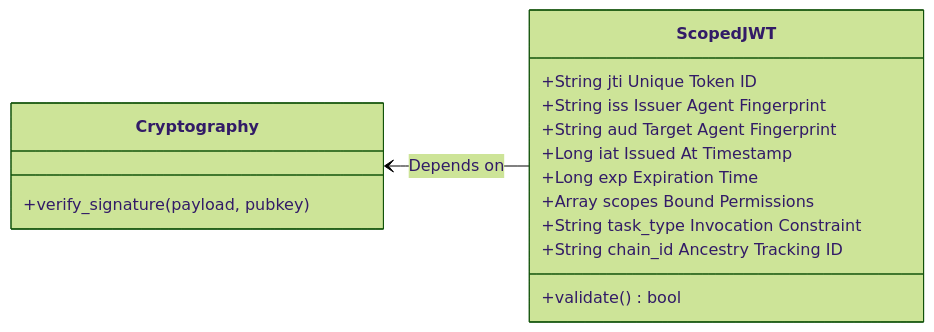
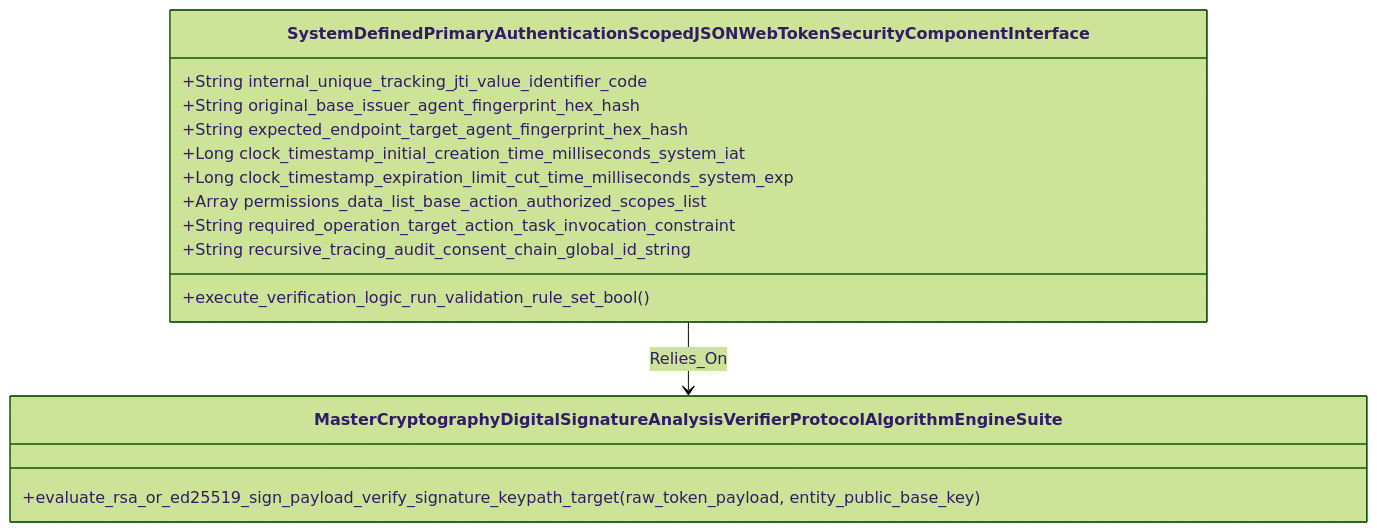
One commit to MrDecryptDecipher/Agent-Trust changed the ninth of 30 diagrams in README.md. Above: the diagram before and after it, drawn with Mermaid (forest theme). The commit also changed other lines of this file, not shown here.

Commit message:
Ultra-strict diagram rendering using pure alphanumeric sequences and explicit non-cyclic flow structures

````diff
--- a/README.md
+++ b/README.md
@@ -195,19 +160,18 @@
 ```mermaid
 classDiagram
-    direction RL
-    class ScopedJWT {
-        +String jti Unique Token ID
-        +String iss Issuer Agent Fingerprint
-        +String aud Target Agent Fingerprint
-        +Long iat Issued At Timestamp
-        +Long exp Expiration Time
-        +Array scopes Bound Permissions
-        +String task_type Invocation Constraint
-        +String chain_id Ancestry Tracking ID
-        +validate() bool
+    class SystemDefinedPrimaryAuthenticationScopedJSONWebTokenSecurityComponentInterface {
+        +String internal_unique_tracking_jti_value_identifier_code
+        +String original_base_issuer_agent_fingerprint_hex_hash
+        +String expected_endpoint_target_agent_fingerprint_hex_hash
+        +Long clock_timestamp_initial_creation_time_milliseconds_system_iat
+        +Long clock_timestamp_expiration_limit_cut_time_milliseconds_system_exp
+        +Array permissions_data_list_base_action_authorized_scopes_list
+        +String required_operation_target_action_task_invocation_constraint
+        +String recursive_tracing_audit_consent_chain_global_id_string
+        +execute_verification_logic_run_validation_rule_set_bool()
     }
-    class Cryptography {
-        +verify_signature(payload, pubkey)
+    class MasterCryptographyDigitalSignatureAnalysisVerifierProtocolAlgorithmEngineSuite {
+        +evaluate_rsa_or_ed25519_sign_payload_verify_signature_keypath_target(raw_token_payload, entity_public_base_key)
     }
-    ScopedJWT --> Cryptography : Depends on
+    SystemDefinedPrimaryAuthenticationScopedJSONWebTokenSecurityComponentInterface --> MasterCryptographyDigitalSignatureAnalysisVerifierProtocolAlgorithmEngineSuite : Relies_On
 ```
````
